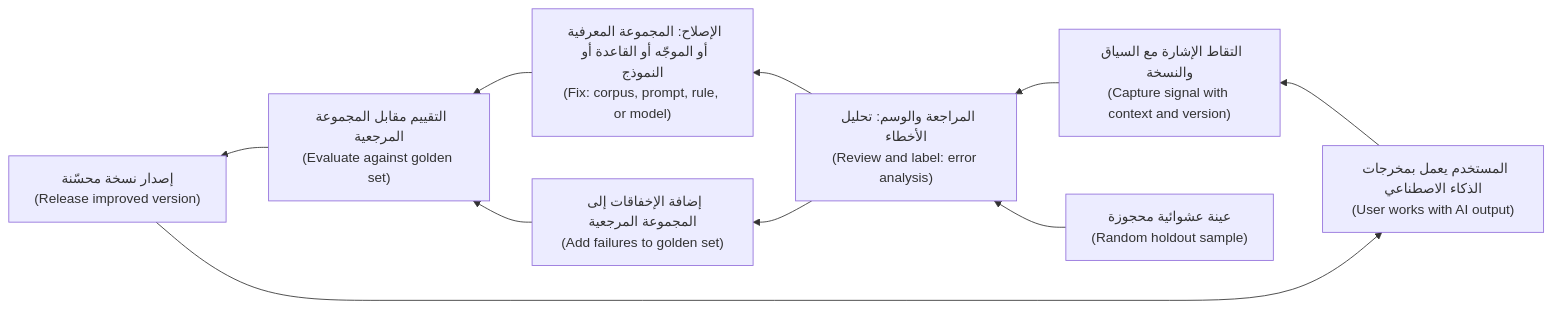
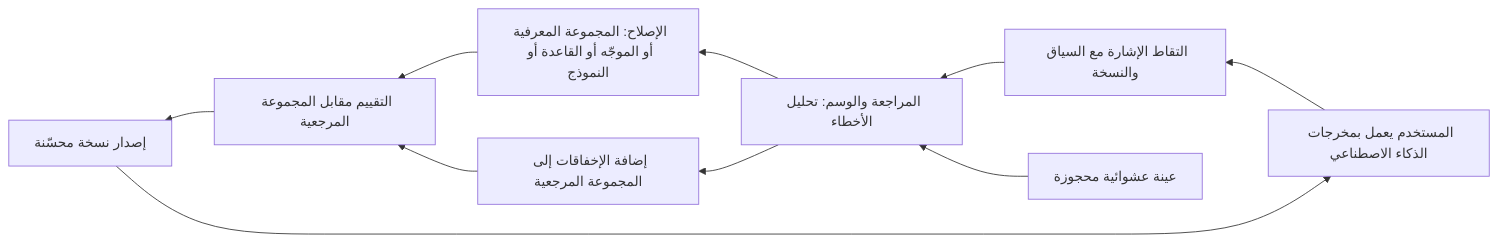
The second of 3 diagrams in aipm/modules/03-data.ar.md (Tamoura/system-design-for-vibe-coders), drawn with Mermaid before and after one commit. The commit also changed other lines of this file and 551 other files, not shown here.

````diff
--- a/aipm/modules/03-data.ar.md
+++ b/aipm/modules/03-data.ar.md
@@ -302,12 +310,12 @@
 ```mermaid
 flowchart RL
-    A["المستخدم يعمل بمخرجات الذكاء الاصطناعي<br/>(User works with AI output)"] --> B["التقاط الإشارة مع السياق والنسخة<br/>(Capture signal with context and version)"]
-    B --> C["المراجعة والوسم: تحليل الأخطاء<br/>(Review and label: error analysis)"]
-    C --> D["الإصلاح: المجموعة المعرفية أو الموجّه أو القاعدة أو النموذج<br/>(Fix: corpus, prompt, rule, or model)"]
-    C --> E["إضافة الإخفاقات إلى المجموعة المرجعية<br/>(Add failures to golden set)"]
-    D --> F["التقييم مقابل المجموعة المرجعية<br/>(Evaluate against golden set)"]
+    A["المستخدم يعمل بمخرجات الذكاء الاصطناعي"] --> B["التقاط الإشارة مع السياق والنسخة"]
+    B --> C["المراجعة والوسم: تحليل الأخطاء"]
+    C --> D["الإصلاح: المجموعة المعرفية أو الموجّه أو القاعدة أو النموذج"]
+    C --> E["إضافة الإخفاقات إلى المجموعة المرجعية"]
+    D --> F["التقييم مقابل المجموعة المرجعية"]
     E --> F
-    F --> G["إصدار نسخة محسّنة<br/>(Release improved version)"]
+    F --> G["إصدار نسخة محسّنة"]
     G --> A
-    H["عينة عشوائية محجوزة<br/>(Random holdout sample)"] --> C
+    H["عينة عشوائية محجوزة"] --> C
 ```
````
